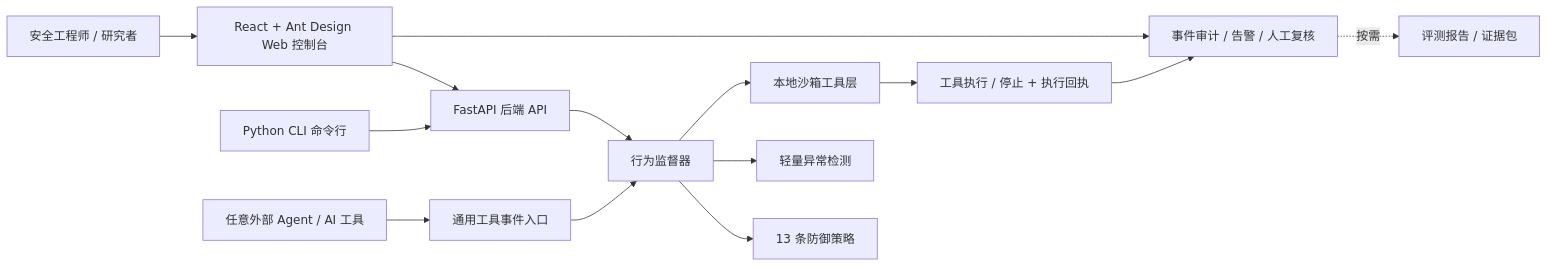
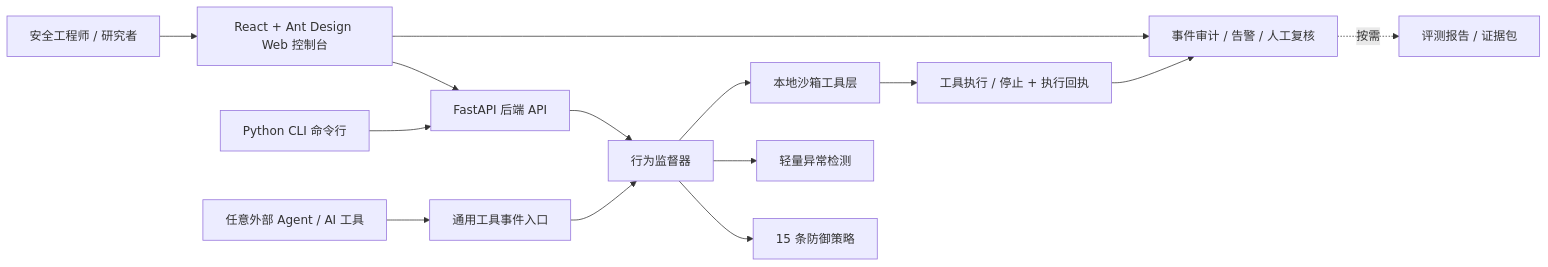
The first of 2 diagrams in README.md (Chengxiaoyu1119/AgentBulwark), drawn with Mermaid before and after one commit. The commit also changed other lines of this file, not shown here.

````diff
--- a/README.md
+++ b/README.md
@@ -72,16 +72,16 @@
 ```mermaid
 flowchart LR
   User["安全工程师 / 研究者"] --> UI["React + Ant Design Web 控制台"]
   UI --> API["FastAPI 后端 API"]
   CLI["Python CLI 命令行"] --> API
   External["任意外部 Agent / AI 工具"] --> Gateway["通用工具事件入口"]
   Gateway --> Supervisor["行为监督器"]
   API --> Supervisor
-  Supervisor --> Policies["13 条防御策略"]
+  Supervisor --> Policies["15 条防御策略"]
   Supervisor --> Anomaly["轻量异常检测"]
   Supervisor --> Sandbox["本地沙箱工具层"]
   Sandbox --> Receipt["工具执行 / 停止 + 执行回执"]
   Receipt --> Audit["事件审计 / 告警 / 人工复核"]
   Audit -.按需.-> Evidence["评测报告 / 证据包"]
   UI --> Audit
 ```
````
